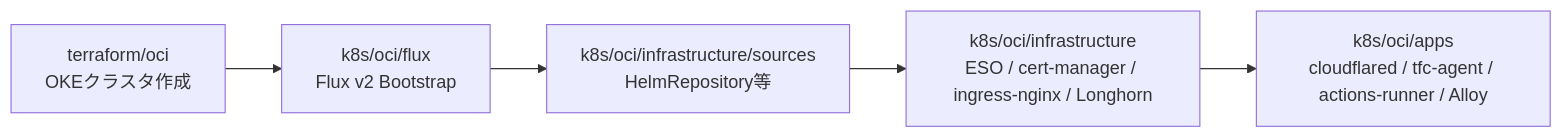
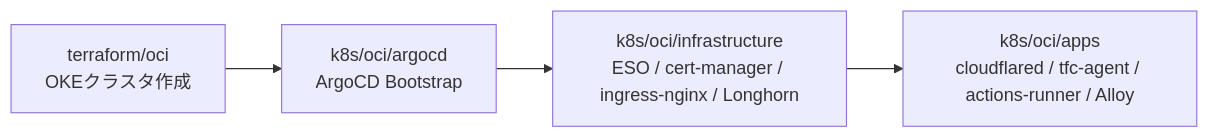
One commit to miutaku/my-infra changed the third of 4 diagrams in README.md. Above: the diagram before and after it, drawn with Mermaid. The commit also changed other lines of this file and 46 other files, not shown here.

````diff
--- a/README.md
+++ b/README.md
@@ -246,10 +246,9 @@
 ```mermaid
 flowchart LR
   Terraform[terraform/oci<br/>OKEクラスタ作成]
-  Flux[k8s/oci/flux<br/>Flux v2 Bootstrap]
-  Sources[k8s/oci/infrastructure/sources<br/>HelmRepository等]
+  ArgoCD[k8s/oci/argocd<br/>ArgoCD Bootstrap]
   Infra[k8s/oci/infrastructure<br/>ESO / cert-manager / ingress-nginx / Longhorn]
   Apps[k8s/oci/apps<br/>cloudflared / tfc-agent / actions-runner / Alloy]
 
-  Terraform --> Flux --> Sources --> Infra --> Apps
+  Terraform --> ArgoCD --> Infra --> Apps
 ```
````
